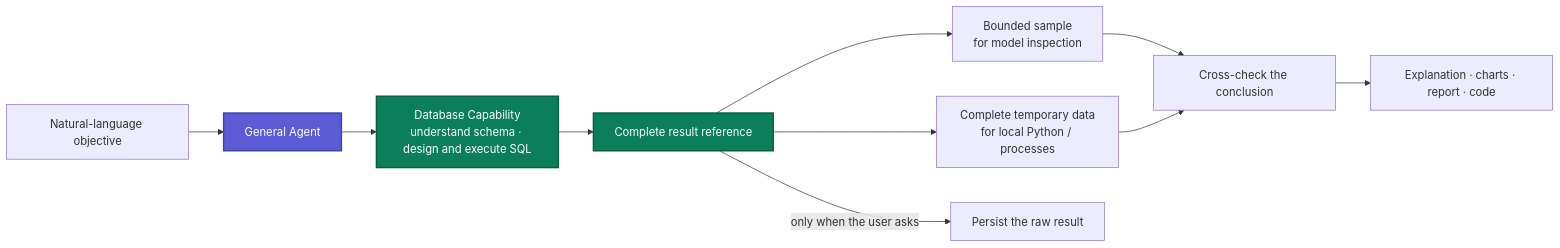
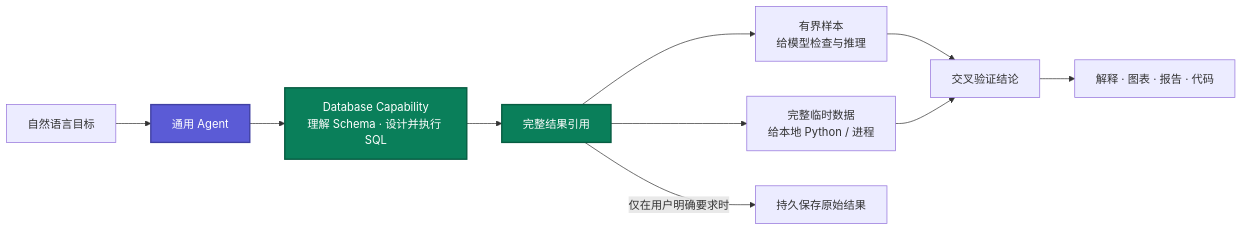
The second of 2 diagrams in README.md (SylvanasW1ndrunner/Nexus), drawn with Mermaid before and after one commit. The commit also changed other lines of this file and 5 other files, not shown here.

```diff
--- a/README.md
+++ b/README.md
@@ -158,19 +147,19 @@
 ~~~mermaid
 flowchart LR
-    Q["Natural-language objective"] --> A["General Agent"]
-    A --> S["Database Capability<br/>understand schema · design and execute SQL"]
-    S --> R["Complete result reference"]
+    Q["自然语言目标"] --> A["通用 Agent"]
+    A --> S["Database Capability<br/>理解 Schema · 设计并执行 SQL"]
+    S --> R["完整结果引用"]
 
-    R --> P["Bounded sample<br/>for model inspection"]
-    R --> M["Complete temporary data<br/>for local Python / processes"]
+    R --> P["有界样本<br/>给模型检查与推理"]
+    R --> M["完整临时数据<br/>给本地 Python / 进程"]
 
-    P --> V["Cross-check the conclusion"]
+    P --> V["交叉验证结论"]
     M --> V
-    V --> O["Explanation · charts · report · code"]
-    R -->|only when the user asks| F["Persist the raw result"]
+    V --> O["解释 · 图表 · 报告 · 代码"]
+    R -->|仅在用户明确要求时| F["持久保存原始结果"]
 
     classDef core fill:#5b5bd6,color:#fff,stroke:#4141a3,stroke-width:2px;
     classDef cap fill:#0a7f5a,color:#fff,stroke:#075d42,stroke-width:2px;
     class A core;
     class S,R cap;
 ~~~
```
